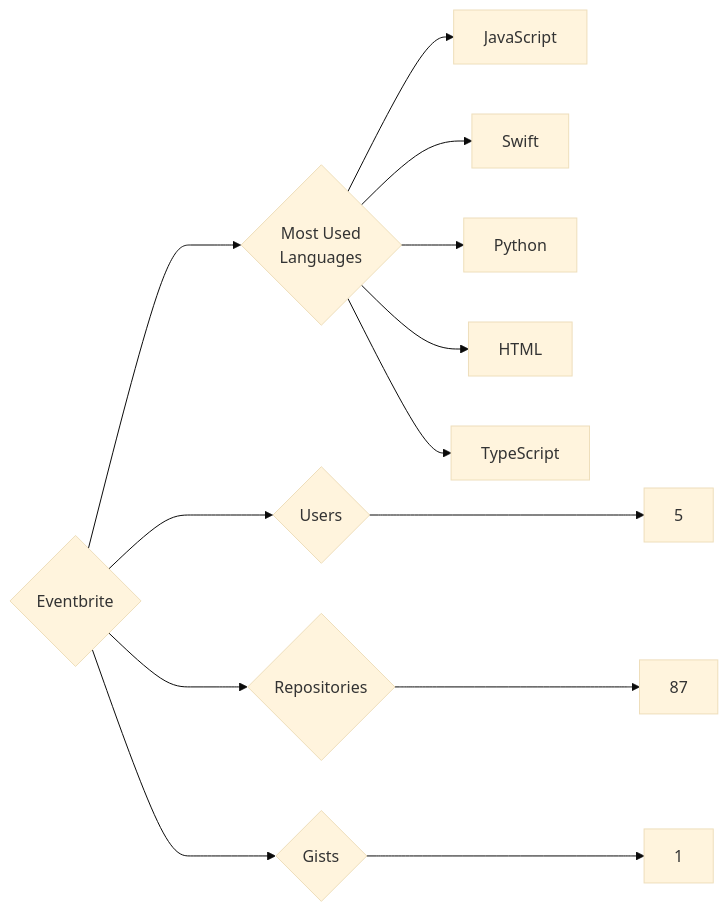
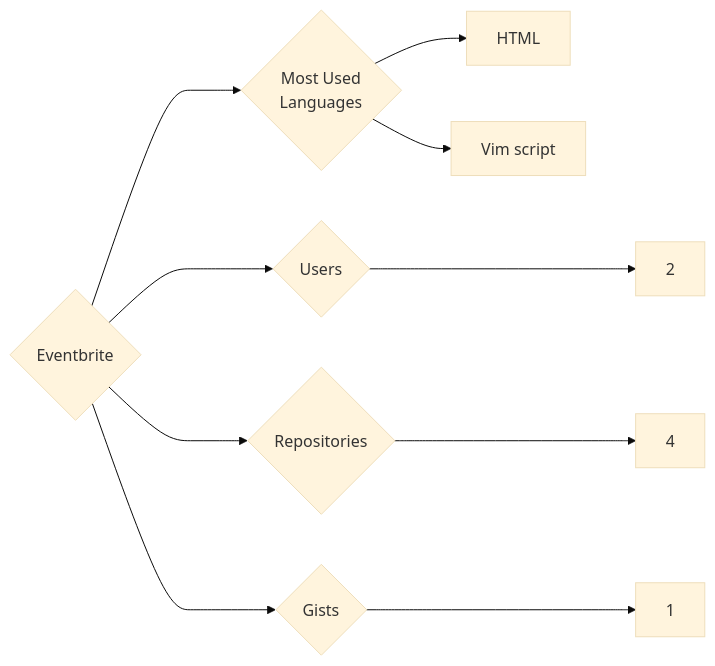
One commit to trickest/insiders changed the diagram in targets/Eventbrite/README.md. Above: the diagram before and after it, drawn with Mermaid (base theme). The commit also changed 916 other files, not shown here.

````diff
--- a/targets/Eventbrite/README.md
+++ b/targets/Eventbrite/README.md
@@ -3,13 +3,10 @@
 ```mermaid
 graph LR
 COMPANY_NAME{Eventbrite}
-COMPANY_NAME ---> U{Users} ---> UN[5]
-COMPANY_NAME ---> R{Repositories} ---> RN[87]
+COMPANY_NAME ---> U{Users} ---> UN[2]
+COMPANY_NAME ---> R{Repositories} ---> RN[4]
 COMPANY_NAME ---> G{Gists} ---> GN[1]
 COMPANY_NAME ---> ML{Most Used<br>Languages}
-ML --> JavaScript[JavaScript]
-ML --> Swift[Swift]
-ML --> Python[Python]
 ML --> HTML[HTML]
-ML --> TypeScript[TypeScript]
+ML --> Vim_script[Vim script]
 ```
````
